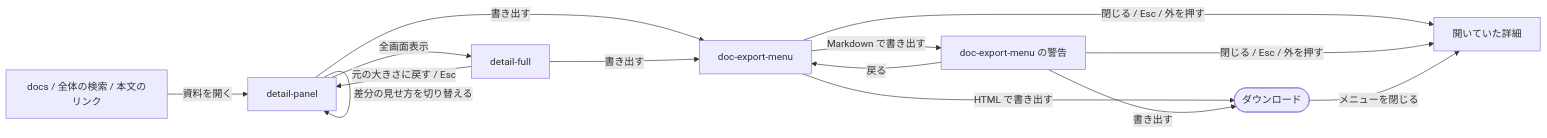
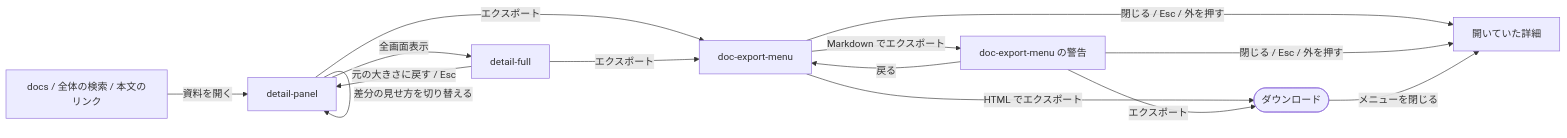
Before and after one commit to shuhei1101/mindstella: the diagram in dev/pr/348/プレビュー.md, drawn with Mermaid. The commit also changed other lines of this file and 3 other files, not shown here.

````diff
--- a/dev/pr/348/プレビュー.md
+++ b/dev/pr/348/プレビュー.md
@@ -84,18 +73,18 @@
 ```mermaid
 flowchart LR
   S[docs / 全体の検索 / 本文のリンク] -->|資料を開く| P[detail-panel]
   P -->|全画面表示| F[detail-full]
   F -->|元の大きさに戻す / Esc| P
-  P -->|書き出す| M[doc-export-menu]
-  F -->|書き出す| M
-  M -->|HTML で書き出す| D([ダウンロード])
-  M -->|Markdown で書き出す| W[doc-export-menu の警告]
-  W -->|書き出す| D
+  P -->|エクスポート| M[doc-export-menu]
+  F -->|エクスポート| M
+  M -->|HTML でエクスポート| D([ダウンロード])
+  M -->|Markdown でエクスポート| W[doc-export-menu の警告]
+  W -->|エクスポート| D
   W -->|戻る| M
   M -->|閉じる / Esc / 外を押す| E[開いていた詳細]
   W -->|閉じる / Esc / 外を押す| E
   D -->|メニューを閉じる| E
   P -->|マーカー・項目の ID を押す| P
   P -->|部品の値を動かす / 今の値をコピーする| P
   P -->|差分の見せ方を切り替える| P
 ```
````
